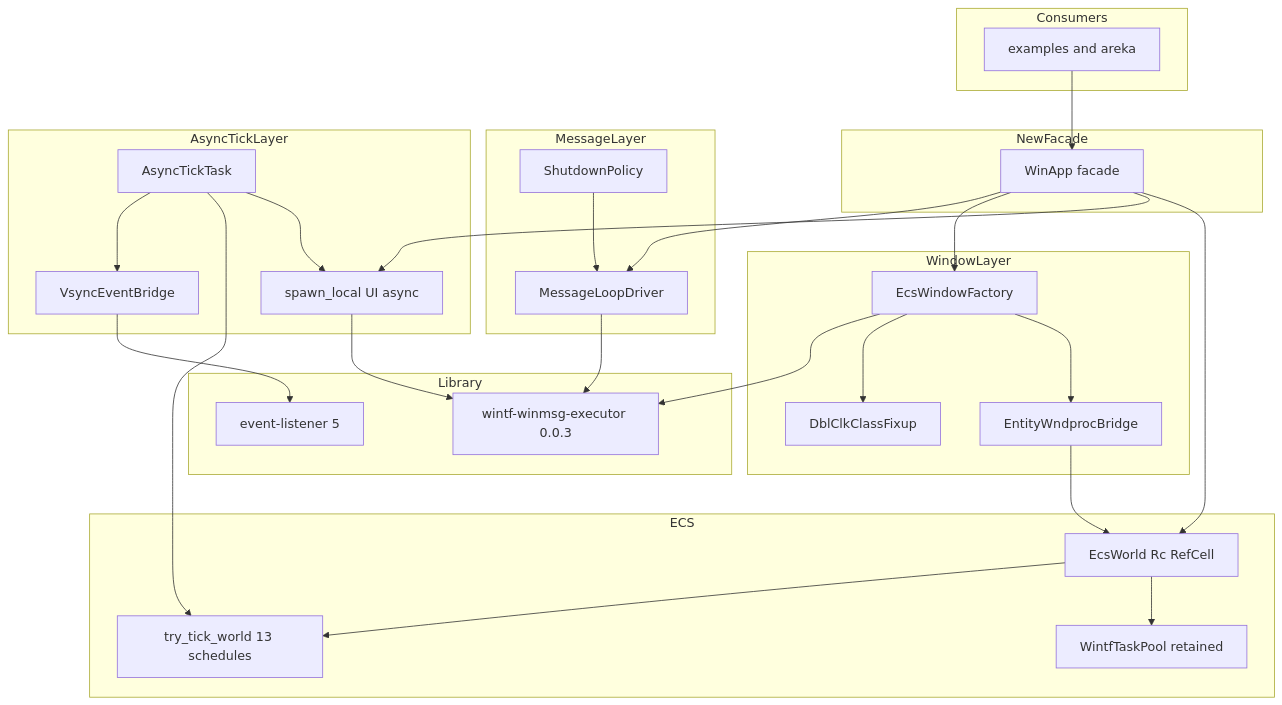
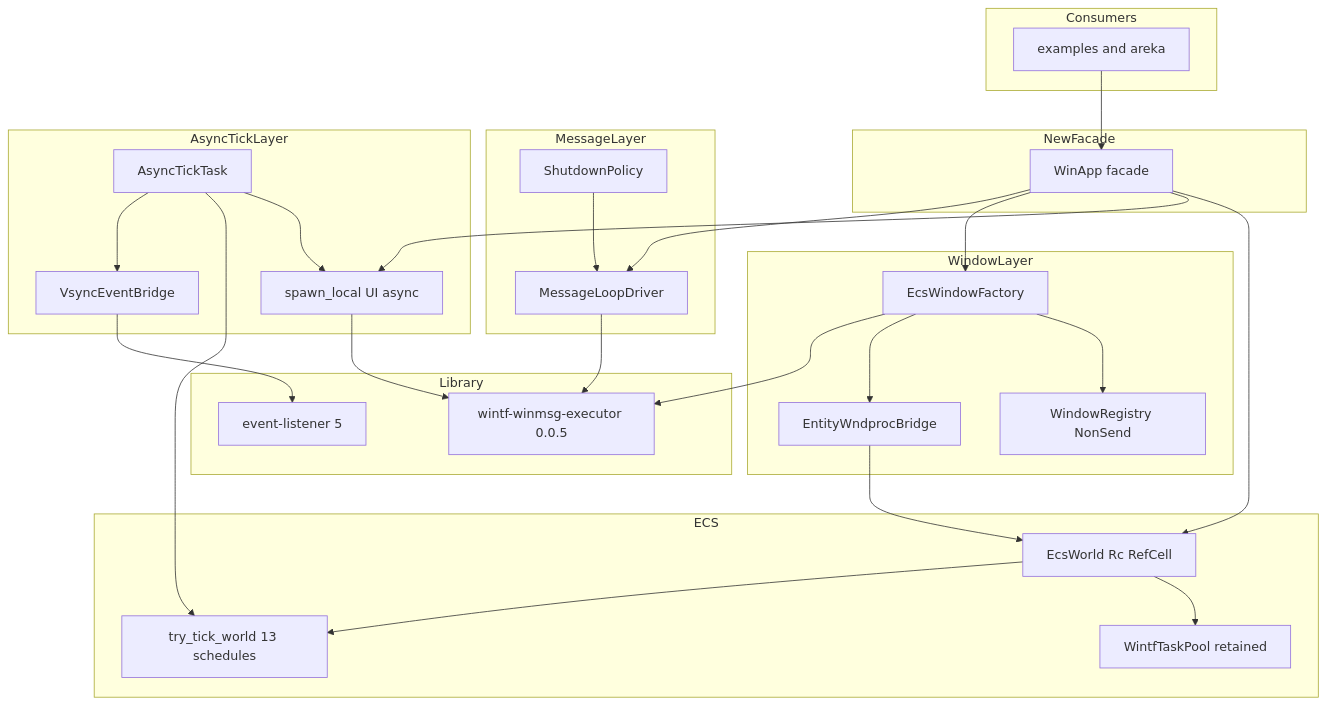
The first of 4 diagrams in .kiro/specs/wintf-winmsg-executor/design.md (ekicyou/areka), drawn with Mermaid before and after one commit. The commit also changed other lines of this file and 4 other files, not shown here.

First line of the commit message:
docs(wintf-winmsg-executor): resolve design discussion #2 - CS_DBLCLKS fixed upstream (0.0.5), drop DblClkClassFixup

````diff
--- a/.kiro/specs/wintf-winmsg-executor/design.md
+++ b/.kiro/specs/wintf-winmsg-executor/design.md
@@ -97,51 +97,51 @@
 ```mermaid
 graph TB
     subgraph Consumers
         Examples[examples and areka]
     end
     subgraph NewFacade
         WinApp[WinApp facade]
     end
     subgraph MessageLayer
         Loop[MessageLoopDriver]
         Quit[ShutdownPolicy]
     end
     subgraph WindowLayer
         WinFactory[EcsWindowFactory]
         Dispatch[EntityWndprocBridge]
-        ClassFix[DblClkClassFixup]
+        Registry[WindowRegistry NonSend]
     end
     subgraph AsyncTickLayer
         UiAsync[spawn_local UI async]
         TickBridge[VsyncEventBridge]
         TickTask[AsyncTickTask]
     end
     subgraph Library
-        Lib[wintf-winmsg-executor 0.0.3]
+        Lib[wintf-winmsg-executor 0.0.5]
         EvList[event-listener 5]
     end
     subgraph ECS
         World[EcsWorld Rc RefCell]
         Sched[try_tick_world 13 schedules]
         TaskPool[WintfTaskPool retained]
     end
 
     Examples --> WinApp
     WinApp --> Loop
     WinApp --> WinFactory
     WinApp --> UiAsync
     WinApp --> World
     Loop --> Lib
     Quit --> Loop
     WinFactory --> Lib
-    WinFactory --> ClassFix
+    WinFactory --> Dispatch
+    WinFactory --> Registry
     Dispatch --> World
-    WinFactory --> Dispatch
     UiAsync --> Lib
     TickBridge --> EvList
     TickTask --> TickBridge
     TickTask --> Sched
     TickTask --> UiAsync
     World --> Sched
     World --> TaskPool
 ```
````
